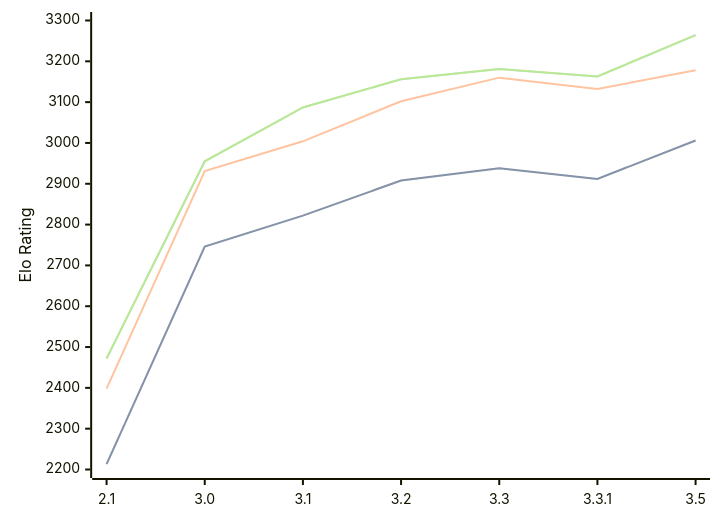
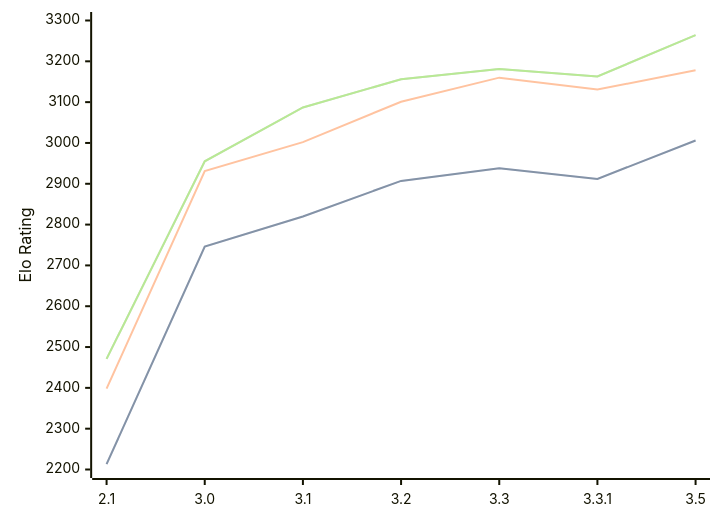
One commit to computer-chess-index/cci changed the diagram in engines/Petrel.md. Above: the diagram before and after it, drawn with Mermaid. The commit also changed other lines of this file, not shown here.

Commit message:
Update CCI Ratings (ELO VLTC) - 2026-07-28

````diff
--- a/engines/Petrel.md
+++ b/engines/Petrel.md
@@ -46,11 +46,11 @@
 ```mermaid
 %%{init: {"theme":"base","themeVariables":{"seriesColors:['#a3a3a3','#222221','#faa371']}}}%%
 xychart-beta
   x-axis ["2.1", "3.0", "3.1", "3.2", "3.3", "3.3.1", "3.5"]
   y-axis "Elo Rating" 2200 --> 3300
-  line "STC (8.0+0.08s)" [2213, 2746, 2822, 2908, 2938, 2912, 3006]
-  line "STC (8.0+0.08s)" [2213, 2746, 2822, 2908, 2938, 2912, 3006]
-  line "LTC (60.0+0.60s)" [2398, 2931, 3004, 3102, 3160, 3132, 3178]
-  line "VLTC (2m24s+1.12s)" [2472, 2955, 3087, 3156, 3181, 3163, 3264]
-  line "VLTC (2m24s+1.12s)" [2472, 2955, 3087, 3156, 3181, 3163, 3264]
+  line "STC (8.0+0.08s)" [2213, 2746, 2820, 2907, 2938, 2912, 3006]
+  line "STC (8.0+0.08s)" [2213, 2746, 2820, 2907, 2938, 2912, 3006]
+  line "LTC (60.0+0.60s)" [2398, 2931, 3002, 3101, 3160, 3131, 3178]
+  line "VLTC (2m24s+1.12s)" [2471, 2955, 3087, 3156, 3181, 3163, 3264]
+  line "VLTC (2m24s+1.12s)" [2471, 2955, 3087, 3156, 3181, 3163, 3264]
 ```
````
